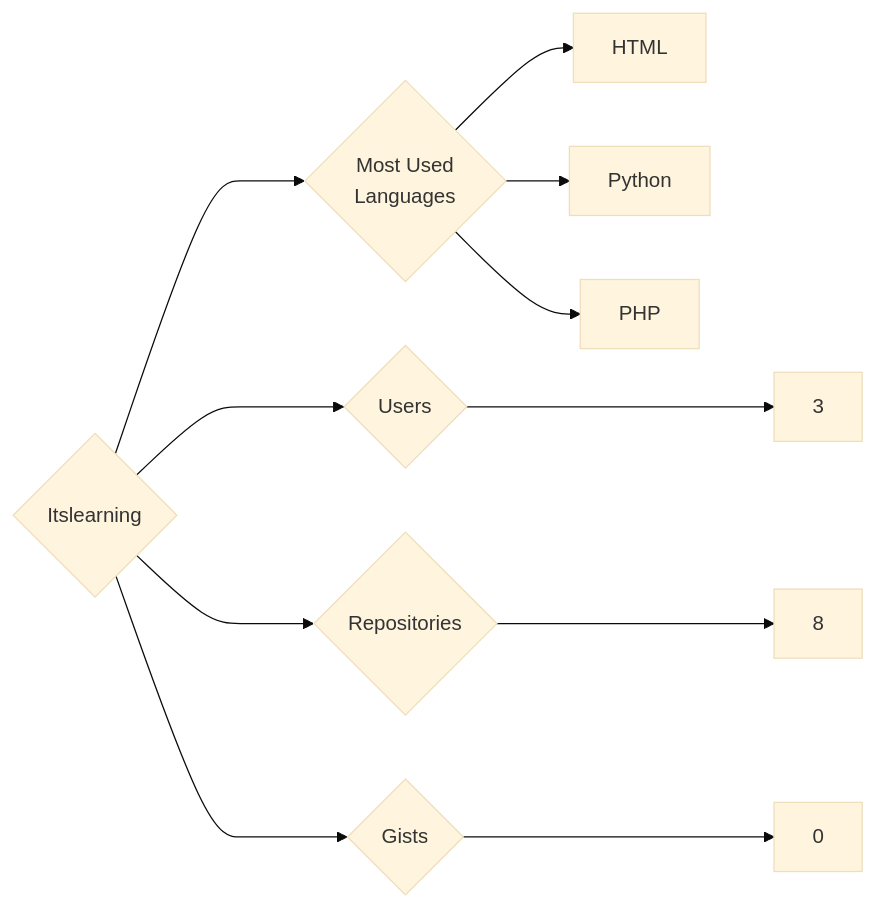
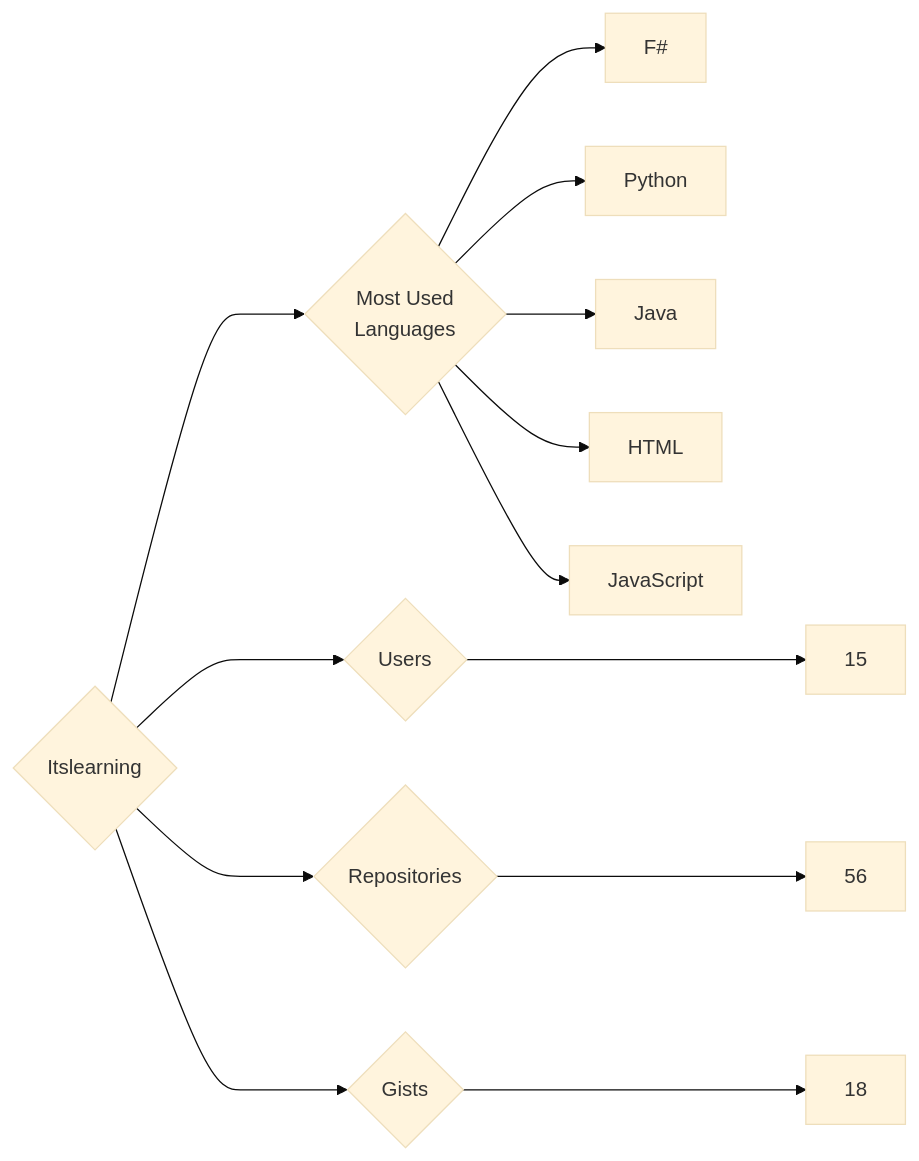
Before and after one commit to trickest/insiders: the diagram in targets/Itslearning/README.md, drawn with Mermaid (base theme). The commit also changed 984 other files, not shown here.

````diff
--- a/targets/Itslearning/README.md
+++ b/targets/Itslearning/README.md
@@ -3,11 +3,13 @@
 ```mermaid
 graph LR
 COMPANY_NAME{Itslearning}
-COMPANY_NAME ---> U{Users} ---> UN[3]
-COMPANY_NAME ---> R{Repositories} ---> RN[8]
-COMPANY_NAME ---> G{Gists} ---> GN[0]
+COMPANY_NAME ---> U{Users} ---> UN[15]
+COMPANY_NAME ---> R{Repositories} ---> RN[56]
+COMPANY_NAME ---> G{Gists} ---> GN[18]
 COMPANY_NAME ---> ML{Most Used<br>Languages}
+ML --> F#[F#]
+ML --> Python[Python]
+ML --> Java[Java]
 ML --> HTML[HTML]
-ML --> Python[Python]
-ML --> PHP[PHP]
+ML --> JavaScript[JavaScript]
 ```
````
